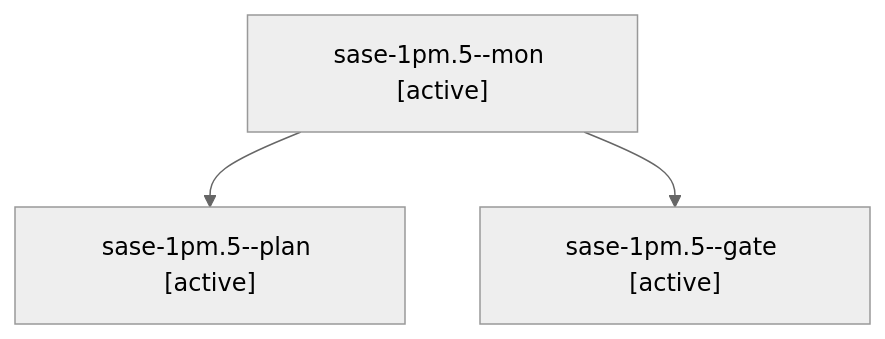
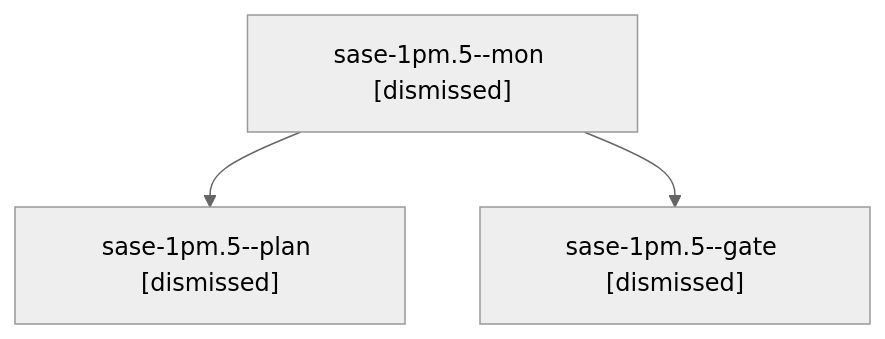
The diagram in sessions/bbugyi200.athena.sase-1pm.5.md (sase-org/sase--agents), drawn with Mermaid (neutral theme) before and after one commit. The commit also changed other lines of this file and 136 other files, not shown here.

````diff
--- a/sessions/bbugyi200.athena.sase-1pm.5.md
+++ b/sessions/bbugyi200.athena.sase-1pm.5.md
@@ -9,8 +9,8 @@
 ```mermaid
 flowchart TD
-  n0["sase-1pm.5--mon [active]"]
-  n1["sase-1pm.5--plan [active]"]
+  n0["sase-1pm.5--mon [dismissed]"]
+  n1["sase-1pm.5--plan [dismissed]"]
   n0 --> n1
-  n2["sase-1pm.5--gate [active]"]
+  n2["sase-1pm.5--gate [dismissed]"]
   n0 --> n2
 ```
````
